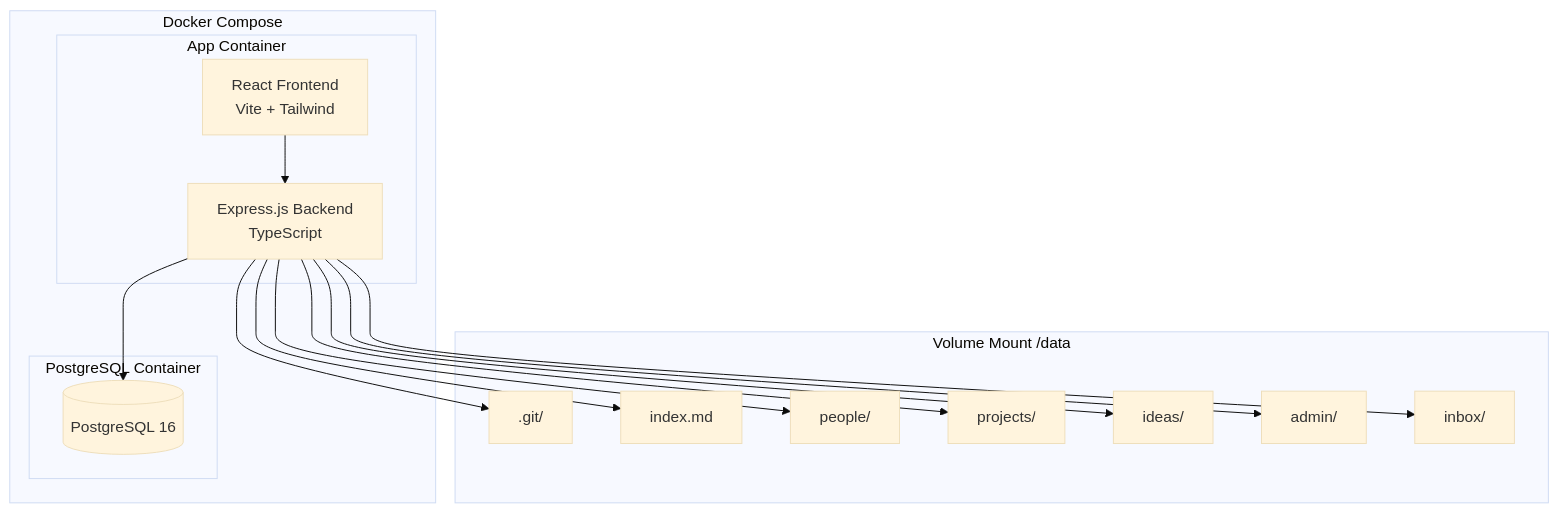
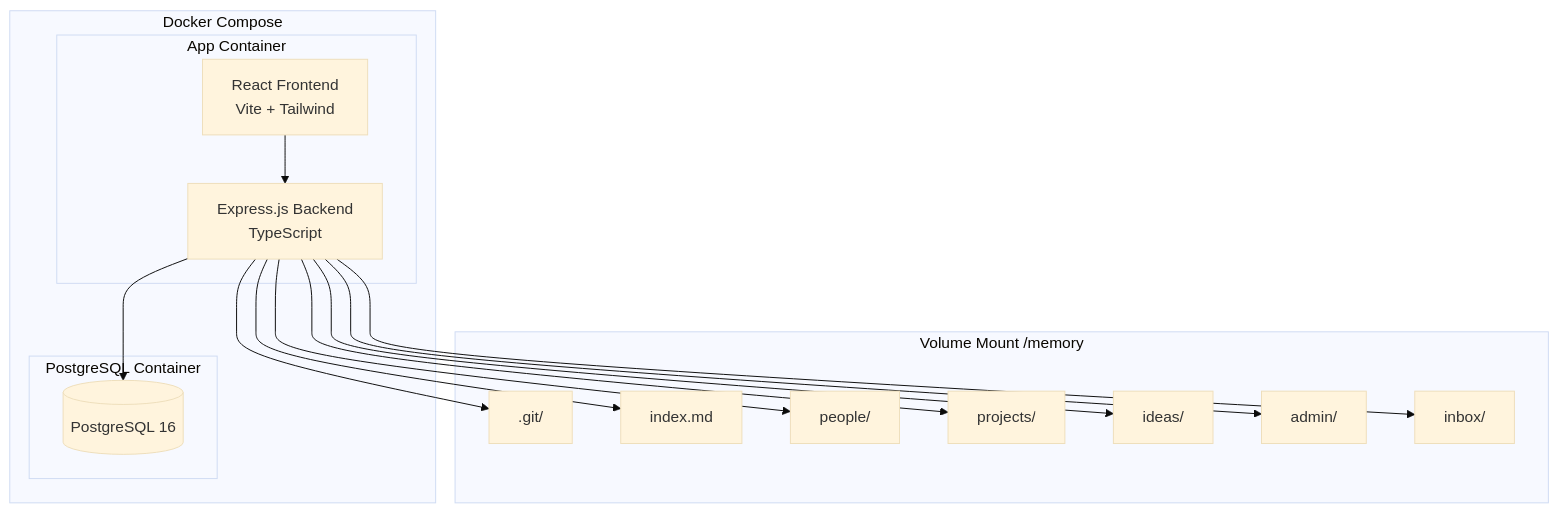
One commit to kreuzhofer/second-brain changed the diagram in .kiro/specs/001-project-setup/design.md. Above: the diagram before and after it, drawn with Mermaid (base theme). The commit also changed other lines of this file and 10 other files, not shown here.

Commit message:
rename data folder to memory

````diff
--- a/.kiro/specs/001-project-setup/design.md
+++ b/.kiro/specs/001-project-setup/design.md
@@ -14,34 +14,34 @@
 ```mermaid
 graph TB
     subgraph "Docker Compose"
         subgraph "App Container"
             FE[React Frontend<br/>Vite + Tailwind]
             BE[Express.js Backend<br/>TypeScript]
             FE --> BE
         end
         
         subgraph "PostgreSQL Container"
             DB[(PostgreSQL 16)]
         end
         
         BE --> DB
     end
     
-    subgraph "Volume Mount /data"
+    subgraph "Volume Mount /memory"
         GIT[.git/]
         IDX[index.md]
         PPL[people/]
         PRJ[projects/]
         IDA[ideas/]
         ADM[admin/]
         INB[inbox/]
     end
     
     BE --> GIT
     BE --> IDX
     BE --> PPL
     BE --> PRJ
     BE --> IDA
     BE --> ADM
     BE --> INB
 ```
````
